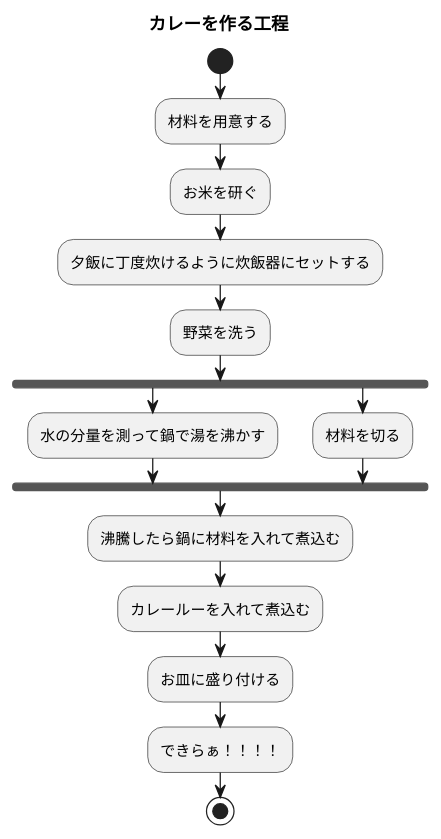
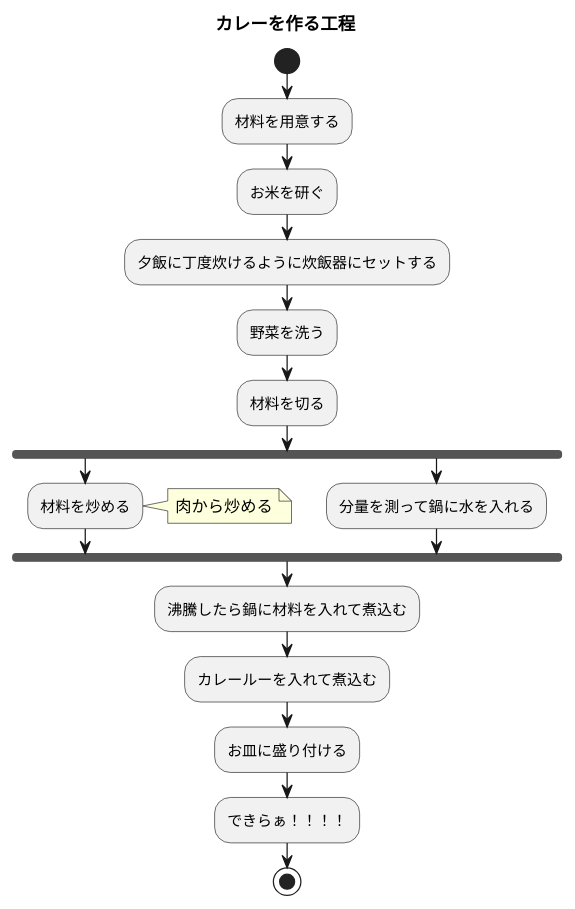
Before and after one commit to YonekuraMizuki/uml-intro: the diagram in 7章練習_ACカレーライス.pu, drawn with PlantUML.

Commit message:
カレー

```diff
--- a/7章練習_ACカレーライス.pu
+++ b/7章練習_ACカレーライス.pu
@@ -1,29 +1,34 @@
 @startuml 7章練習
 
 title カレーを作る工程
 
 start
 :材料を用意する;
 
 :お米を研ぐ;
 
 :夕飯に丁度炊けるように炊飯器にセットする;
  
 :野菜を洗う;
 
+:材料を切る;
+
 fork
-:水の分量を測って鍋で湯を沸かす;
+:材料を炒める;
+note right
+肉から炒める
+endnote
 fork again
-:材料を切る;
+:分量を測って鍋に水を入れる;
 end fork
 
 :沸騰したら鍋に材料を入れて煮込む;
 
 :カレールーを入れて煮込む;
 
 :お皿に盛り付ける;
 
 :できらぁ！！！！;
 stop
 
 @enduml
```
